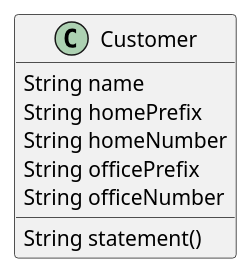
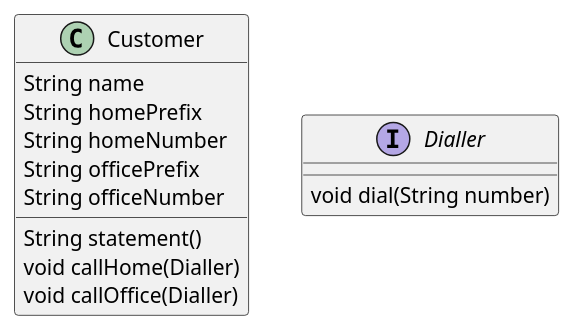
The diagram in src/main/resources/Customer.puml (rony76/martin-fowler-example), drawn with PlantUML before and after one commit. The commit also changed 3 other files, not shown here.

```diff
--- a/src/main/resources/Customer.puml
+++ b/src/main/resources/Customer.puml
@@ -1,13 +1,18 @@
 @startuml
 
 class Customer {
     String name
     String homePrefix
     String homeNumber
     String officePrefix
     String officeNumber
 
     String statement()
+    void callHome(Dialler)
+    void callOffice(Dialler)
 }
 
+interface Dialler {
+    void dial(String number)
+}
 @enduml
```
